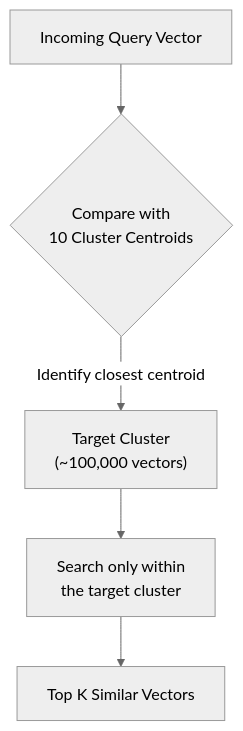
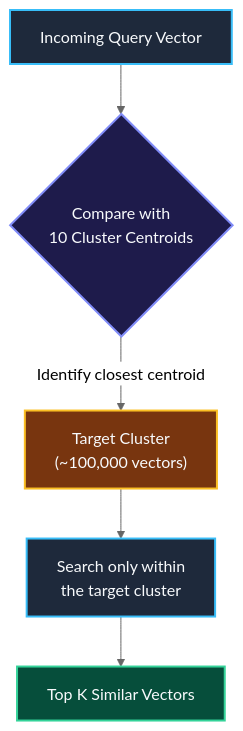
One commit to kioskOG/kioskOG.github.io changed the third of 6 diagrams in docs/ai/RAG/Vector-Stores.md. Above: the diagram before and after it, drawn with Mermaid (neutral theme). The commit also changed other lines of this file and 13 other files, not shown here.

Commit message:
fixed rag & mcp mermaid diagrams

````diff
--- a/docs/ai/RAG/Vector-Stores.md
+++ b/docs/ai/RAG/Vector-Stores.md
@@ -182,7 +217,13 @@
 ```mermaid
 graph TD
     Query["Incoming Query Vector"] --> Centroids{"Compare with<br>10 Cluster Centroids"}
     Centroids -->|Identify closest centroid| BestCluster["Target Cluster<br>(~100,000 vectors)"]
     BestCluster --> Search["Search only within<br>the target cluster"]
     Search --> Results["Top K Similar Vectors"]
+
+    style Query fill:#1e293b,stroke:#38bdf8,stroke-width:2px,color:#f8fafc
+    style Centroids fill:#1e1b4b,stroke:#818cf8,stroke-width:2px,color:#f8fafc
+    style BestCluster fill:#78350f,stroke:#fbbf24,stroke-width:2px,color:#f8fafc
+    style Search fill:#1e293b,stroke:#38bdf8,stroke-width:2px,color:#f8fafc
+    style Results fill:#064e3b,stroke:#34d399,stroke-width:2px,color:#f8fafc
 ```
````
